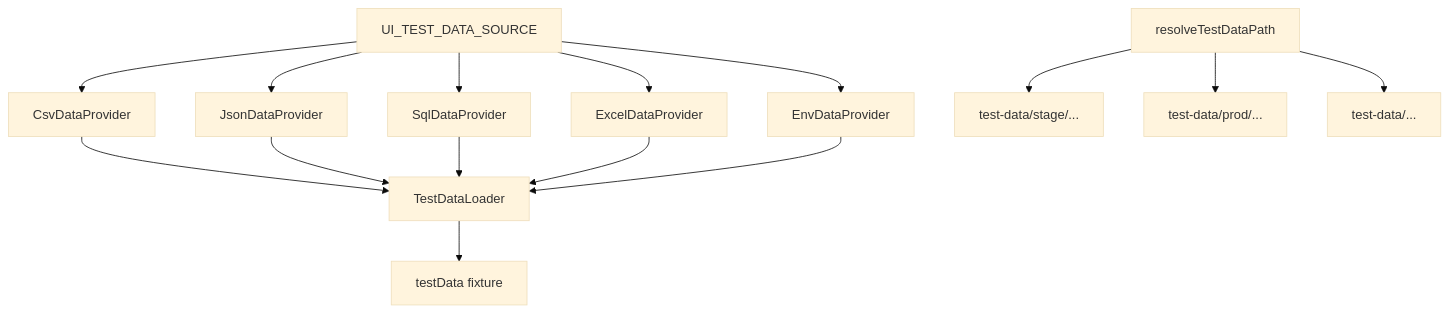
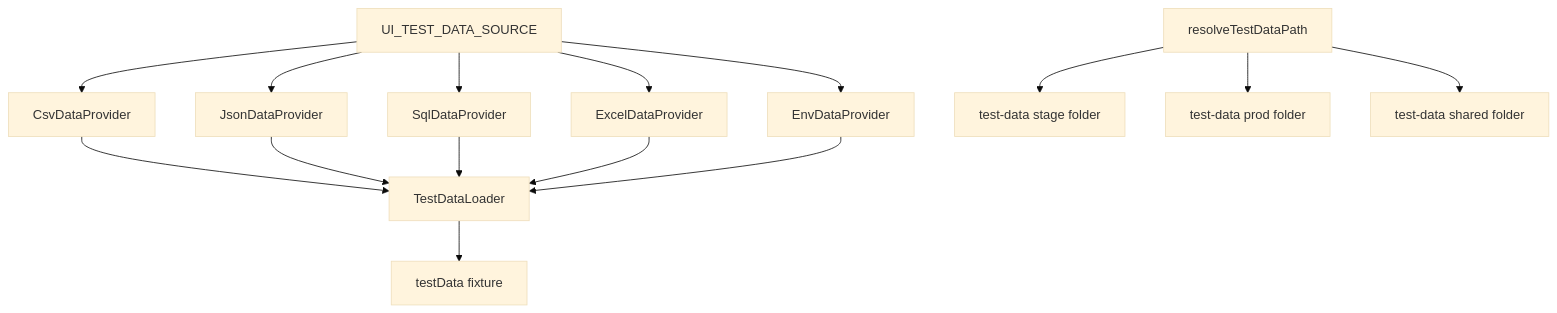
One commit to avinashpoddar/playwright-automation changed the third of 3 diagrams in docs/FRAMEWORK_DESIGN.md. Above: the diagram before and after it, drawn with Mermaid (base theme). The commit also changed other lines of this file, not shown here.

Commit message:
updated diagram

````diff
--- a/docs/FRAMEWORK_DESIGN.md
+++ b/docs/FRAMEWORK_DESIGN.md
@@ -345,21 +346,21 @@
 ```mermaid
 flowchart TD
-  SRC[UI_TEST_DATA_SOURCE]
-  SRC --> CSV[CsvDataProvider]
-  SRC --> JSON[JsonDataProvider]
-  SRC --> SQL[SqlDataProvider]
-  SRC --> XLS[ExcelDataProvider]
-  SRC --> ENV[EnvDataProvider]
+  SRC["UI_TEST_DATA_SOURCE"]
+  SRC --> PCSV["CsvDataProvider"]
+  SRC --> PJSON["JsonDataProvider"]
+  SRC --> PMYSQL["SqlDataProvider"]
+  SRC --> PXLS["ExcelDataProvider"]
+  SRC --> PENV["EnvDataProvider"]
 
-  RESOLVE[resolveTestDataPath]
-  RESOLVE --> STAGE[test-data/stage/...]
-  RESOLVE --> PROD[test-data/prod/...]
-  RESOLVE --> FALLBACK[test-data/...]
+  RESOLVE["resolveTestDataPath"]
+  RESOLVE --> TSTAGE["test-data stage folder"]
+  RESOLVE --> TPROD["test-data prod folder"]
+  RESOLVE --> TFALL["test-data shared folder"]
 
-  CSV --> LOADER[TestDataLoader]
-  JSON --> LOADER
-  SQL --> LOADER
-  XLS --> LOADER
-  ENV --> LOADER
-  LOADER --> FIX[testData fixture]
+  PCSV --> LOADER["TestDataLoader"]
+  PJSON --> LOADER
+  PMYSQL --> LOADER
+  PXLS --> LOADER
+  PENV --> LOADER
+  LOADER --> FIX["testData fixture"]
 ```
````
